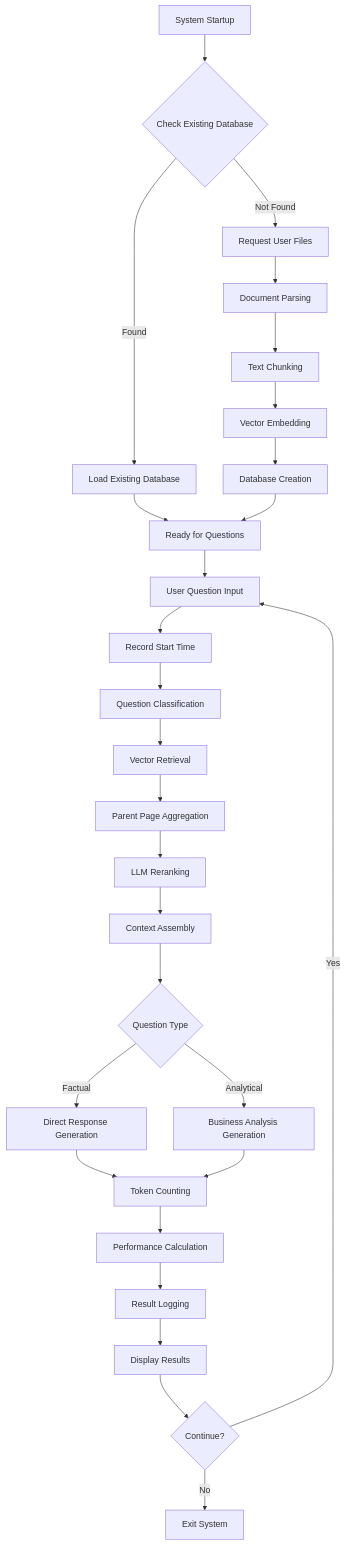
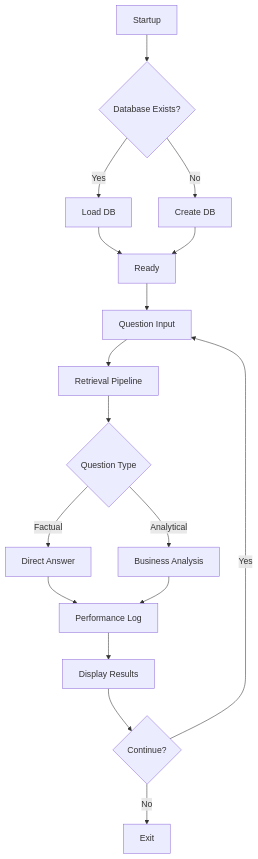
Before and after one commit to xxcs13/RAGv1: the first of 2 diagrams in README.md, drawn with Mermaid. The commit also changed other lines of this file, not shown here.

````diff
--- a/README.md
+++ b/README.md
@@ -65,38 +65,24 @@
 ```mermaid
 graph TD
-    A[System Startup] --> B{Check Existing Database}
-    B -->|Found| C[Load Existing Database]
-    B -->|Not Found| D[Request User Files]
+    A[Startup] --> B{Database Exists?}
+    B -->|Yes| C[Load DB]
+    B -->|No| D[Create DB]
     
-    D --> E[Document Parsing]
-    E --> F[Text Chunking]
-    F --> G[Vector Embedding]
-    G --> H[Database Creation]
+    C --> E[Ready]
+    D --> E
     
-    C --> I[Ready for Questions]
-    H --> I
+    E --> F[Question Input]
+    F --> G[Retrieval Pipeline]
+    G --> H{Question Type}
     
-    I --> J[User Question Input]
-    J --> K[Record Start Time]
-    K --> L[Question Classification]
+    H -->|Factual| I[Direct Answer]
+    H -->|Analytical| J[Business Analysis]
     
-    L --> M[Vector Retrieval]
-    M --> N[Parent Page Aggregation]
-    N --> O[LLM Reranking]
-    O --> P[Context Assembly]
+    I --> K[Performance Log]
+    J --> K
+    K --> L[Display Results]
     
-    P --> Q{Question Type}
-    Q -->|Factual| R[Direct Response Generation]
-    Q -->|Analytical| S[Business Analysis Generation]
-    
-    R --> T[Token Counting]
-    S --> T
-    T --> U[Performance Calculation]
-    U --> V[Result Logging]
-    V --> W[Display Results]
-    
-    W --> X{Continue?}
-    X -->|Yes| J
-    X -->|No| Y[Exit System]
-
+    L --> M{Continue?}
+    M -->|Yes| F
+    M -->|No| N[Exit]
 ```
````
